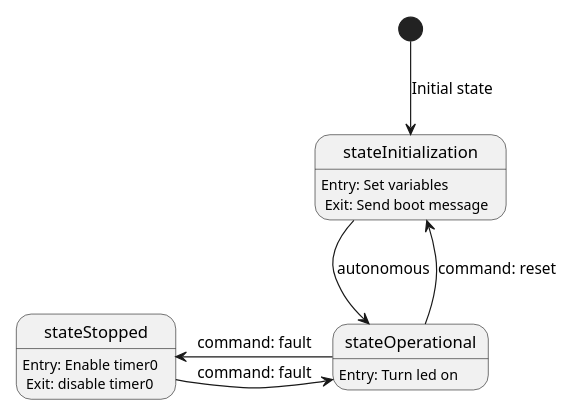
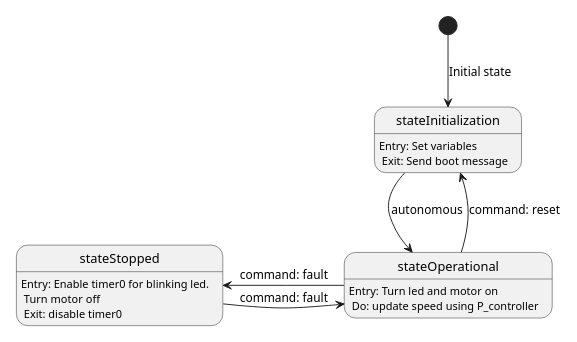
Before and after one commit to JonkiTroll/Embedded_Systems: the diagram in Group_project_3/docs/diagrams/src/state.puml, drawn with PlantUML. The commit also changed 9 other files, not shown here.

```diff
--- a/Group_project_3/docs/diagrams/src/state.puml
+++ b/Group_project_3/docs/diagrams/src/state.puml
@@ -1,16 +1,16 @@
 @startuml
 'https://plantuml.com/state-diagram
 
 scale 350 width
 
 stateInitialization:        Entry: Set variables\n Exit: Send boot message
-stateOperational:           Entry: Turn led on
-stateStopped:               Entry: Enable timer0\n Exit: disable timer0
+stateOperational:           Entry: Turn led and motor on\n Do: update speed using P_controller
+stateStopped:               Entry: Enable timer0 for blinking led.\n Turn motor off\n Exit: disable timer0
 
 [*]-down->stateInitialization: Initial state
 stateInitialization -down-> stateOperational: autonomous
 stateOperational -up-> stateInitialization: command: reset
 stateOperational -right-> stateStopped: command: fault
 stateStopped -right-> stateOperational: command: fault
 
 @enduml
```
